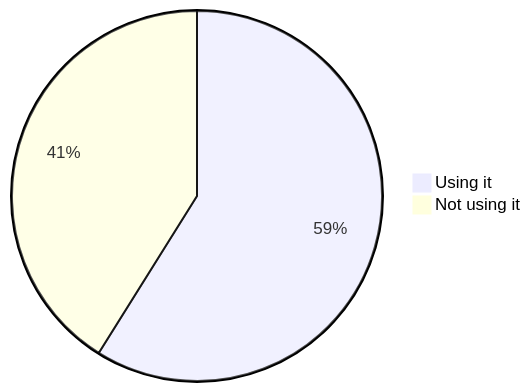
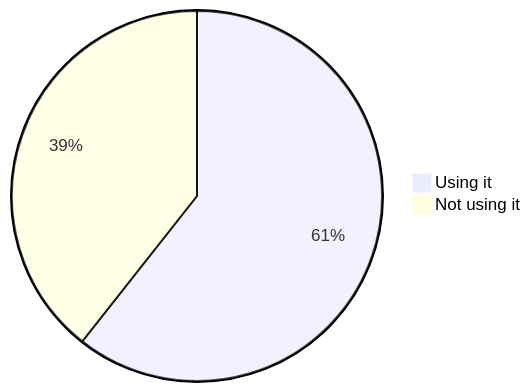
One commit to oshp/oshp-stats changed the second of 22 diagrams in stats.md. Above: the diagram before and after it, drawn with Mermaid. The commit also changed other lines of this file, not shown here.

````diff
--- a/stats.md
+++ b/stats.md
@@ -22,6 +22,6 @@
 ```mermaid
 pie
-	"Using it" : 58.9
-	"Not using it" : 41.1
+	"Using it" : 60.63
+	"Not using it" : 39.37
 
 ```
````
